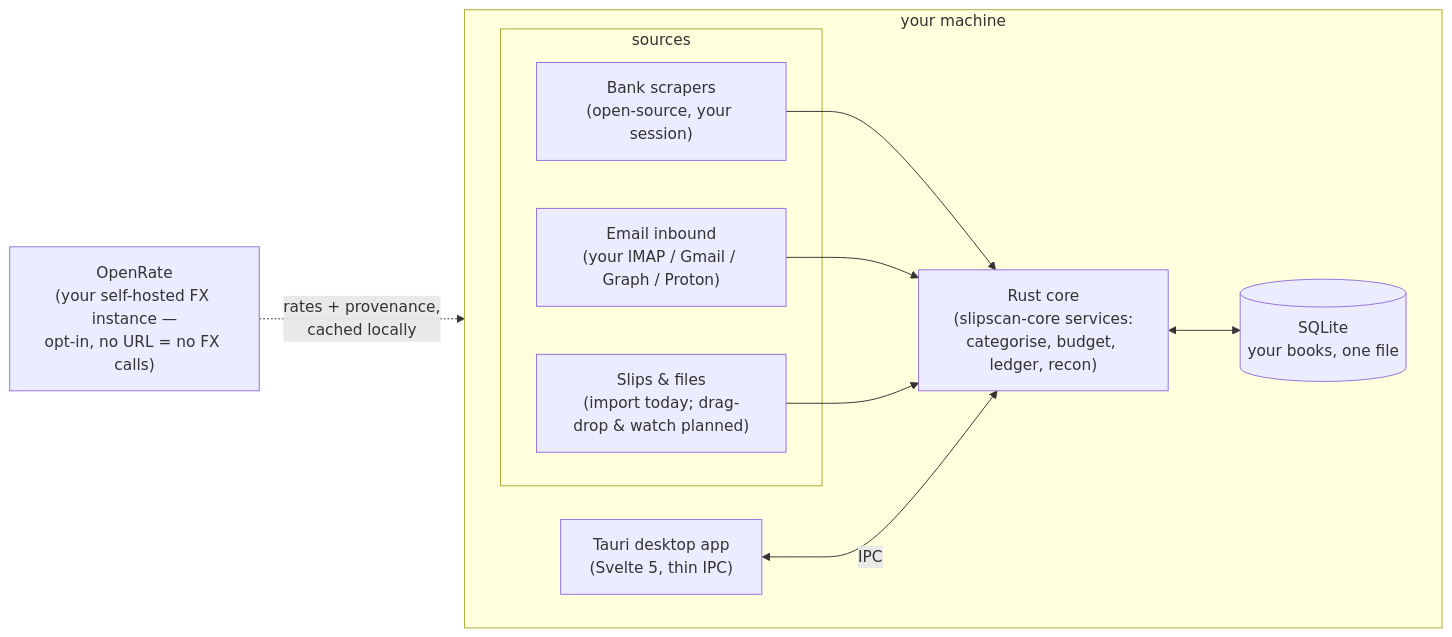
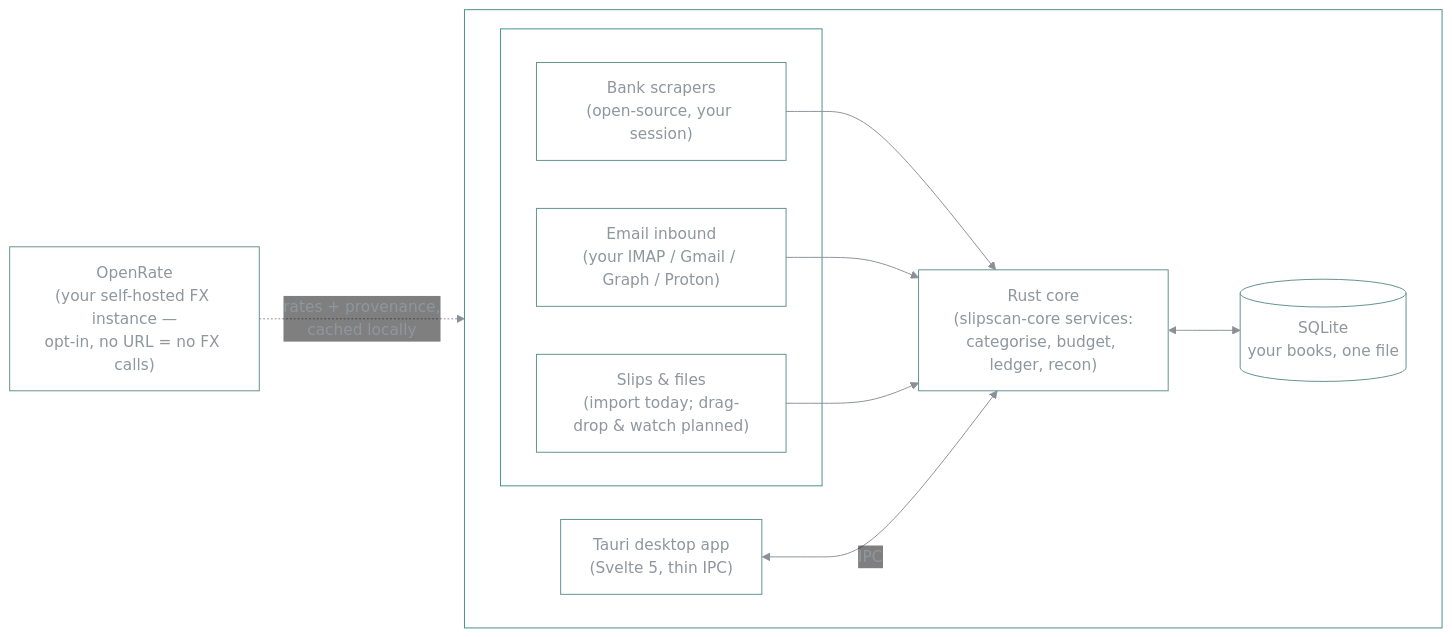
The first of 2 diagrams in README.md (vul-os/slipscan), drawn with Mermaid before and after one commit. The commit also changed other lines of this file, not shown here.

Commit message:
readme: theme the mermaid diagrams to match the Vulos landing
Adds a base-theme init to each diagram — transparent node cards with a teal
accent border, mono type, teal edges — so the README diagrams read as one family
with vulos.org, on both GitHub light and dark.

Claude-Session: https://claude.ai/code/session_01Xhu25SUAUienj9Tf38vyVm

````diff
--- a/README.md
+++ b/README.md
@@ -159,21 +159,22 @@
 ```mermaid
+%%{init: {'theme':'base','themeVariables':{'fontFamily':'ui-monospace, SFMono-Regular, Menlo, monospace','primaryColor':'transparent','primaryBorderColor':'#14b8a6','primaryTextColor':'#8f969e','lineColor':'#8a8f98','nodeBorder':'#5f8f8a','edgeLabelBackground':'transparent','clusterBorder':'#3f8f86','clusterBkg':'transparent'}}}%%
 flowchart LR
     subgraph machine["your machine"]
         direction LR
         subgraph sources["sources"]
             bank["Bank scrapers<br/>(open-source, your session)"]
             mail["Email inbound<br/>(your IMAP / Gmail / Graph / Proton)"]
             files["Slips &amp; files<br/>(import today; drag-drop &amp; watch planned)"]
         end
         core["Rust core<br/>(slipscan-core services:<br/>categorise, budget, ledger, recon)"]
         db[("SQLite<br/>your books, one file")]
         app["Tauri desktop app<br/>(Svelte 5, thin IPC)"]
         bank --> core
         mail --> core
         files --> core
         core <--> db
         app <-->|"IPC"| core
     end
     openrate["OpenRate<br/>(your self-hosted FX instance —<br/>opt-in, no URL = no FX calls)"]
     openrate -.->|"rates + provenance,<br/>cached locally"| core
 ```
````
